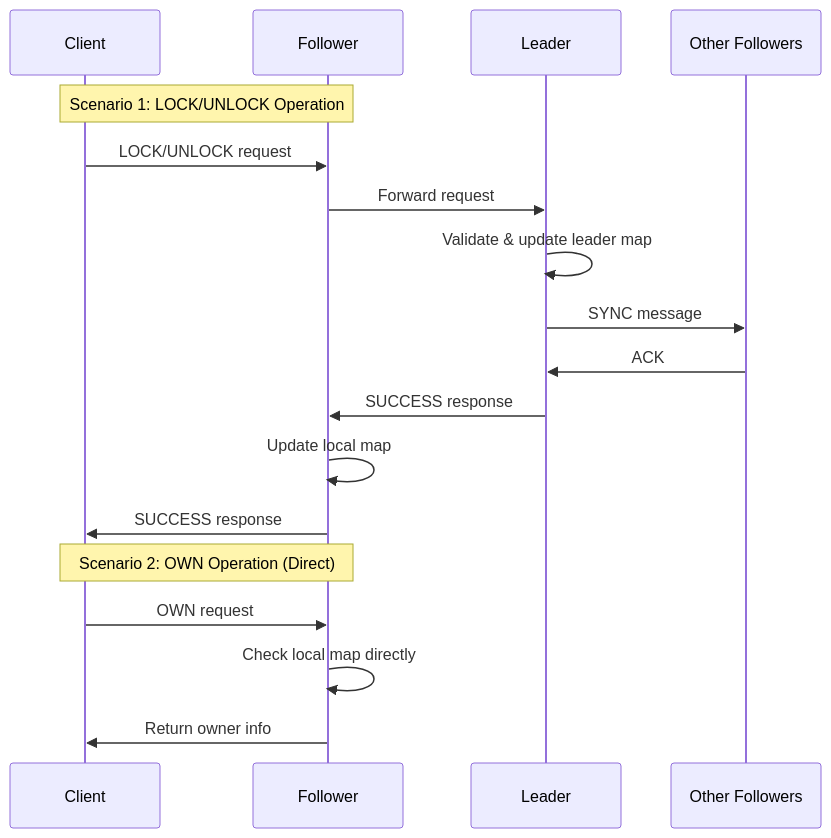
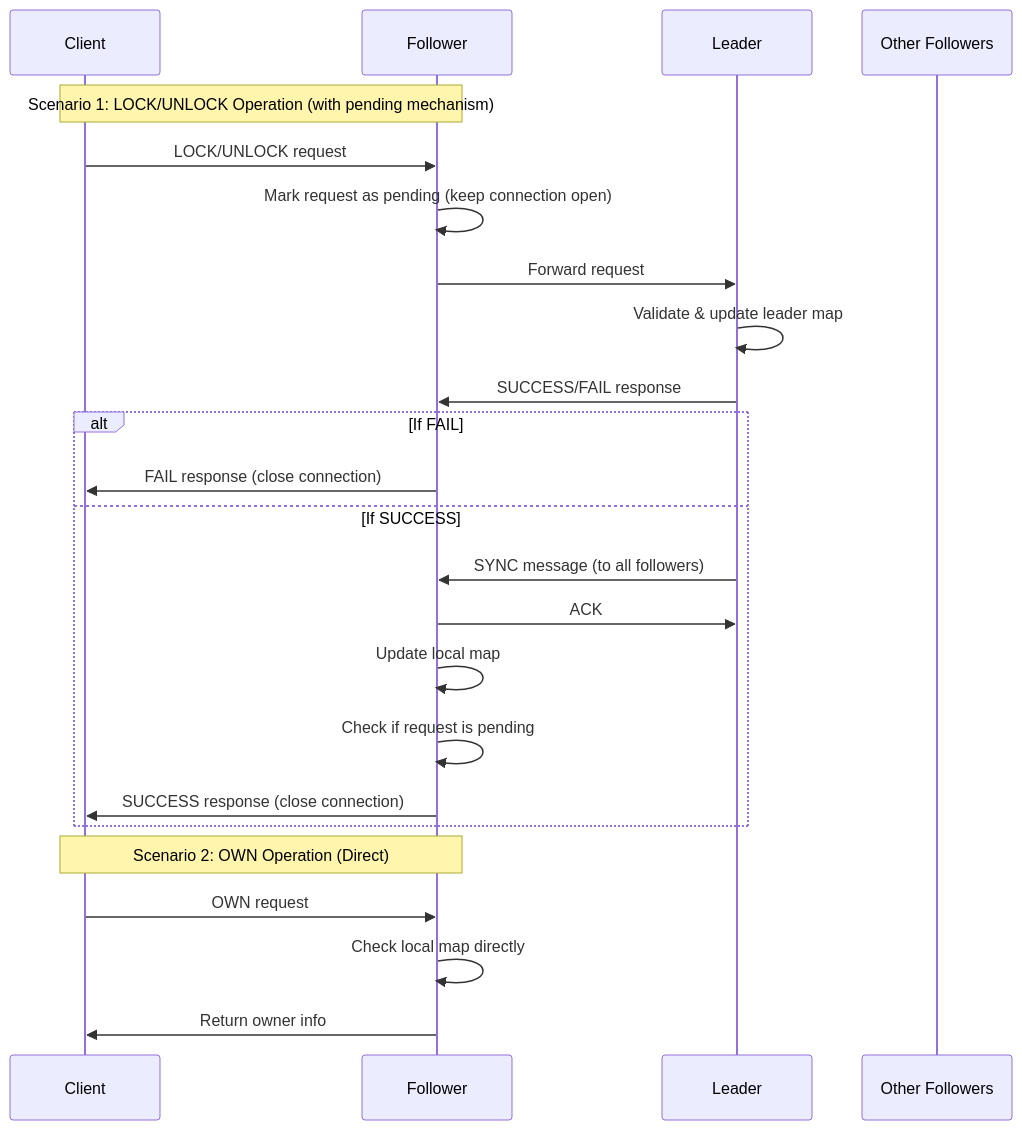
One commit to alexandrabaron/distributed-lock-system changed the diagram in README.md. Above: the diagram before and after it, drawn with Mermaid. The commit also changed 3 other files, not shown here.

````diff
--- a/README.md
+++ b/README.md
@@ -201,22 +201,28 @@
 ```mermaid
 sequenceDiagram
     participant C as Client
     participant F as Follower
     participant L as Leader
     participant F2 as Other Followers
 
-    Note over C,F: Scenario 1: LOCK/UNLOCK Operation
+    Note over C,F: Scenario 1: LOCK/UNLOCK Operation (with pending mechanism)
     C->>F: LOCK/UNLOCK request
+    F->>F: Mark request as pending (keep connection open)
     F->>L: Forward request
     L->>L: Validate & update leader map
-    L->>F2: SYNC message
-    F2->>L: ACK
-    L->>F: SUCCESS response
-    F->>F: Update local map
-    F->>C: SUCCESS response
+    L->>F: SUCCESS/FAIL response
+    alt If FAIL
+        F->>C: FAIL response (close connection)
+    else If SUCCESS
+        L->>F: SYNC message (to all followers)
+        F->>L: ACK
+        F->>F: Update local map
+        F->>F: Check if request is pending
+        F->>C: SUCCESS response (close connection)
+    end
 
     Note over C,F: Scenario 2: OWN Operation (Direct)
     C->>F: OWN request
     F->>F: Check local map directly
     F->>C: Return owner info
 ```
````
